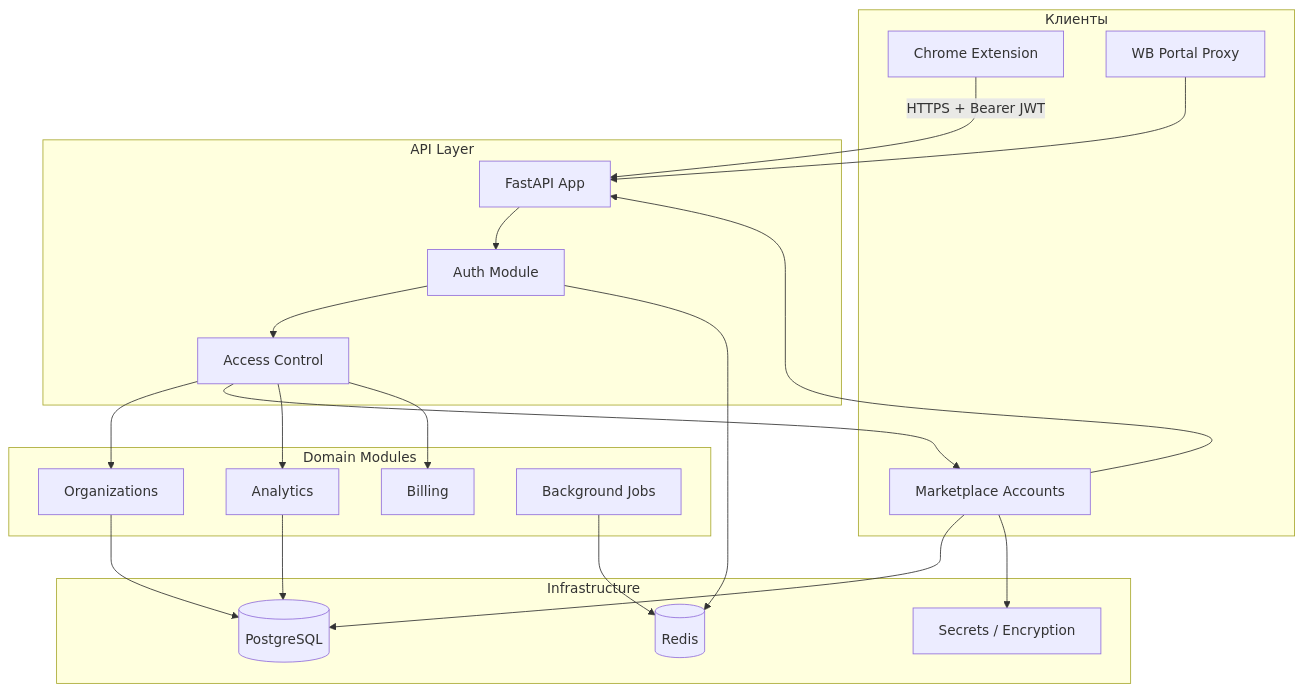
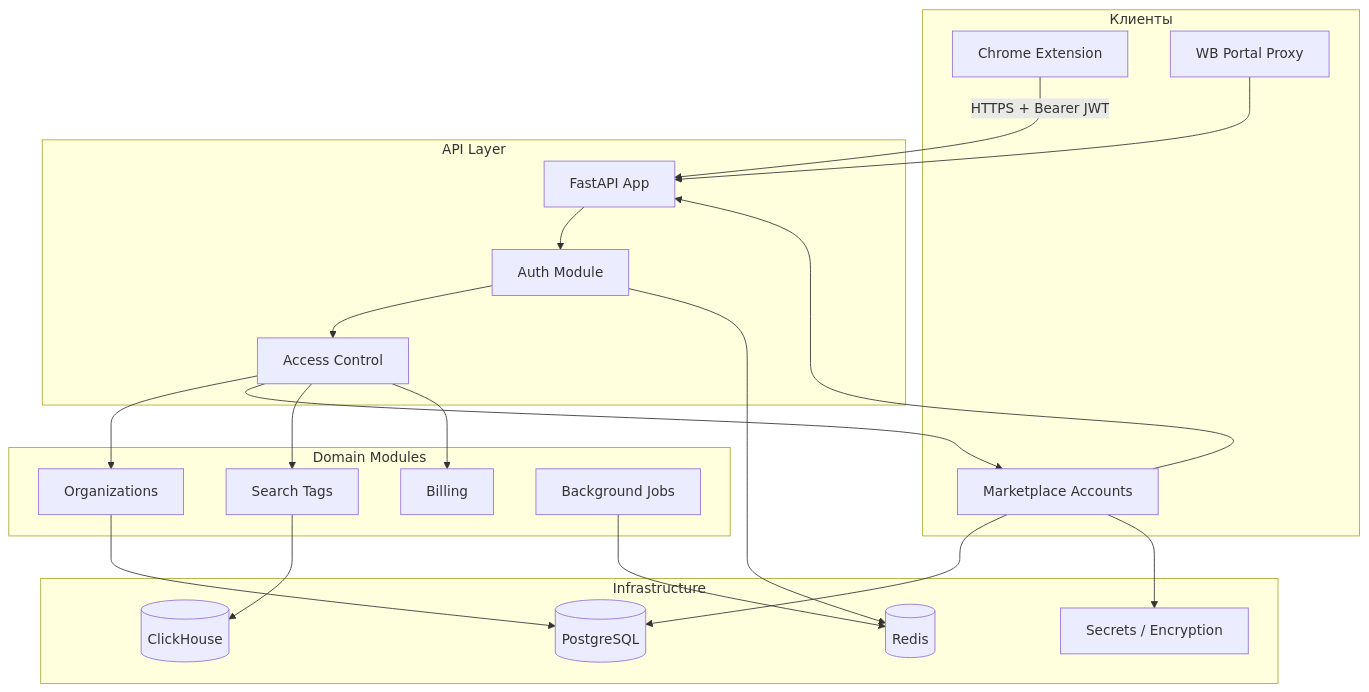
One commit to MarketHackerLabs/docs changed the diagram in architecture/README.md. Above: the diagram before and after it, drawn with Mermaid. The commit also changed other lines of this file and 10 other files, not shown here.

````diff
--- a/architecture/README.md
+++ b/architecture/README.md
@@ -27,38 +27,40 @@
 ```mermaid
 flowchart TB
     subgraph client [Клиенты]
         EXT[Chrome Extension]
         MP[Manager Portal]
         PROXY[WB Portal Proxy]
     end
 
     subgraph api [API Layer]
         GW[FastAPI App]
         AUTH[Auth Module]
         RBAC[Access Control]
     end
 
     subgraph domain [Domain Modules]
         ORG[Organizations]
         MP[Marketplace Accounts]
-        ANALYTICS[Analytics]
+        TAGS[Search Tags]
         BILLING[Billing]
         JOBS[Background Jobs]
     end
 
     subgraph infra [Infrastructure]
         PG[(PostgreSQL)]
+        CH[(ClickHouse)]
         REDIS[(Redis)]
         VAULT[Secrets / Encryption]
     end
 
     EXT -->|HTTPS + Bearer JWT| GW
     MP --> GW
     PROXY --> GW
     GW --> AUTH --> RBAC
-    RBAC --> ORG & MP & ANALYTICS & BILLING
-    ORG & MP & ANALYTICS --> PG
+    RBAC --> ORG & MP & TAGS & BILLING
+    ORG & MP --> PG
+    TAGS --> CH
     AUTH --> REDIS
     JOBS --> REDIS
     MP --> VAULT
 ```
````
